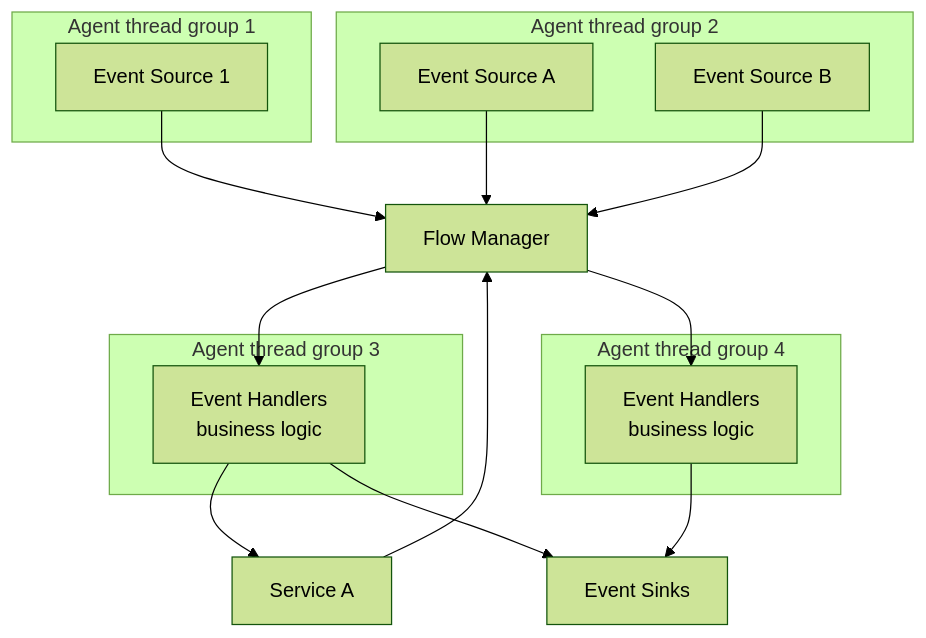
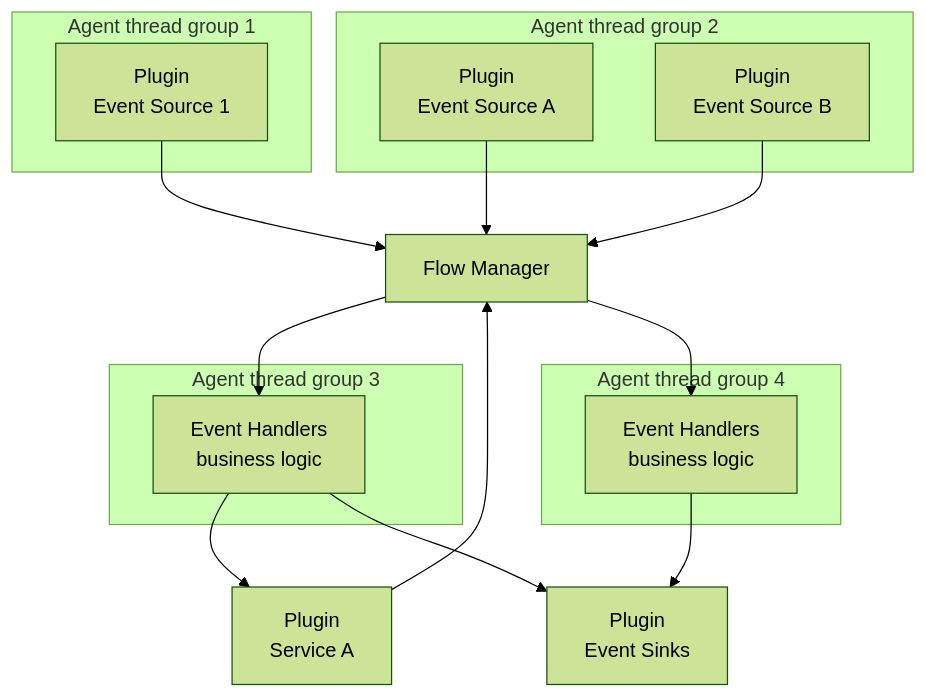
One commit to gregv12/fluxtion-server changed the first of 2 diagrams in docs/guide/overview.md. Above: the diagram before and after it, drawn with Mermaid (forest theme). The commit also changed 1 other file, not shown here.

Commit message:
update: enhance documentation with expanded plugin architecture details and updated flow diagrams

````diff
--- a/docs/guide/overview.md
+++ b/docs/guide/overview.md
@@ -8,33 +8,33 @@
 ```mermaid
 graph TD
 
-    ES[Event Source 1] --> FM[Flow Manager]
-    ES2[Event Source A] --> FM[Flow Manager]
-    ES3[Event Source B] --> FM[Flow Manager]
+    ES[Plugin<br>Event Source 1] --> FM[Flow Manager]
+    ES2[Plugin<br>Event Source A] --> FM[Flow Manager]
+    ES3[Plugin<br>Event Source B] --> FM[Flow Manager]
 
-    SVCA[Service A] --> FM
+    SVCA[Plugin<br>Service A] --> FM
     EH1 --> SVCA
 
     FM --> EH1[Event Handlers <br>business logic]
     FM --> EH2[Event Handlers <br>business logic]
 
-    EH1 --> ESK[Event Sinks]
-    EH2 --> ESK[Event Sinks]
+    EH1 --> ESK[Plugin<br>Event Sinks]
+    EH2 --> ESK[Plugin<br>Event Sinks]
 
    subgraph "Agent thread group 2"
         ES2
         ES3
     end
     
     subgraph "Agent thread group 1"
         ES
     end
 
     subgraph "Agent thread group 3"
         EH1
     end
     subgraph "Agent thread group 4"
         EH2
     end
 
 ```
````
